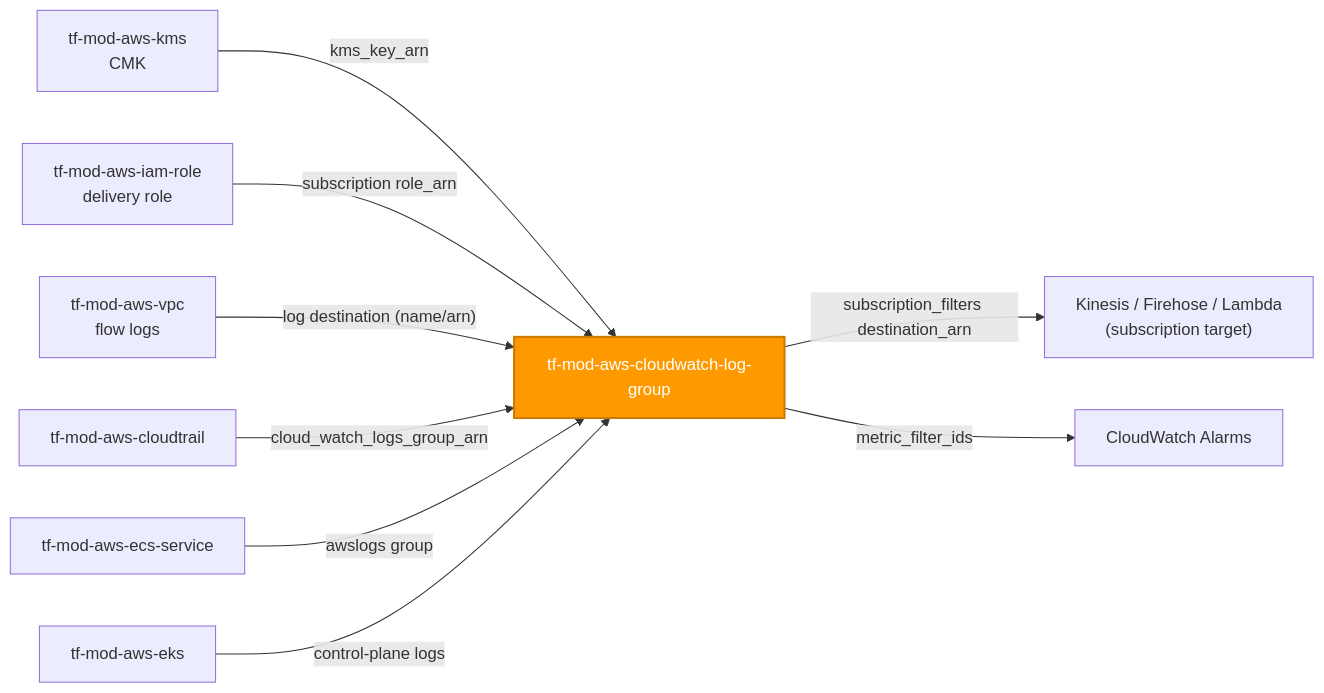
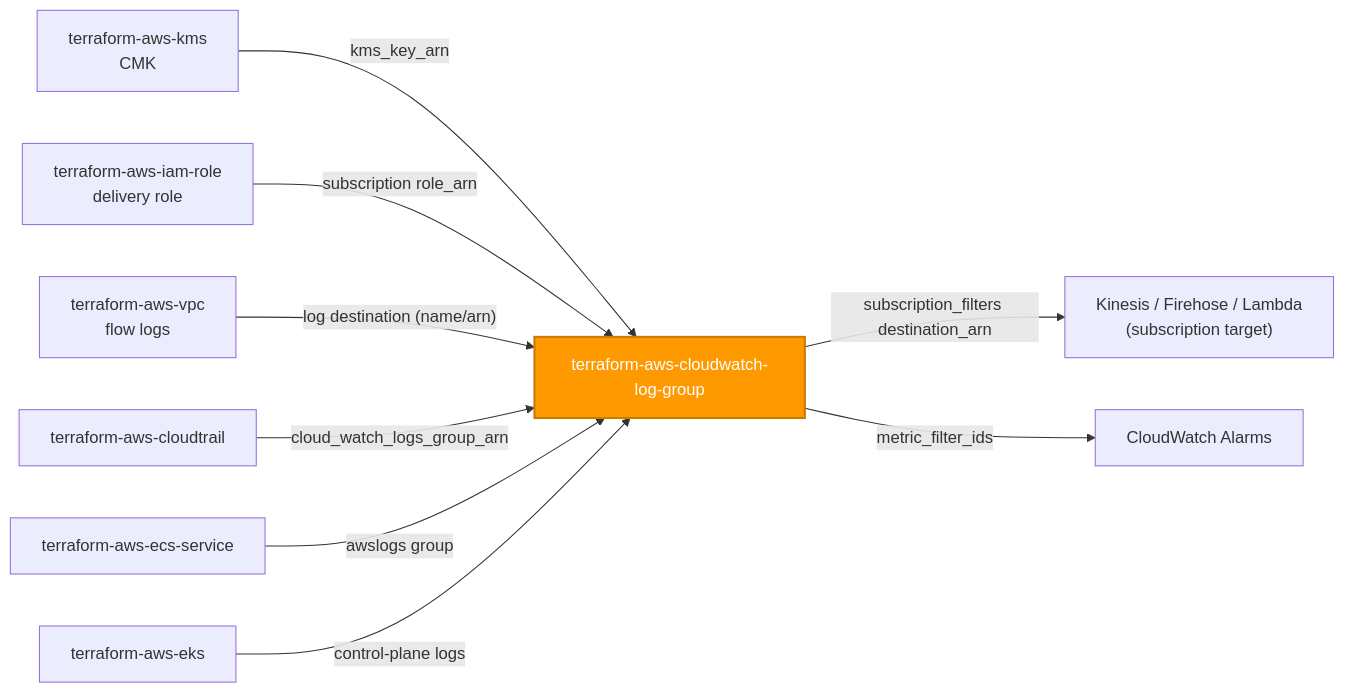
Before and after one commit to microsoftexpert/terraform-aws-cloudwatch-log-group: the first of 2 diagrams in README.md, drawn with Mermaid. The commit also changed other lines of this file and 2 other files, not shown here.

````diff
--- a/README.md
+++ b/README.md
@@ -43,23 +43,23 @@
 ```mermaid
 flowchart LR
- kms["tf-mod-aws-kms<br/>CMK"]
- role["tf-mod-aws-iam-role<br/>delivery role"]
- lg["tf-mod-aws-cloudwatch-log-group"]
- vpc["tf-mod-aws-vpc<br/>flow logs"]
- ct["tf-mod-aws-cloudtrail"]
- ecs["tf-mod-aws-ecs-service"]
- eks["tf-mod-aws-eks"]
+ kms["terraform-aws-kms<br/>CMK"]
+ role["terraform-aws-iam-role<br/>delivery role"]
+ lg["terraform-aws-cloudwatch-log-group"]
+ vpc["terraform-aws-vpc<br/>flow logs"]
+ ct["terraform-aws-cloudtrail"]
+ ecs["terraform-aws-ecs-service"]
+ eks["terraform-aws-eks"]
  fh["Kinesis / Firehose / Lambda<br/>(subscription target)"]
  cw["CloudWatch Alarms"]
 
  kms -->|"kms_key_arn"| lg
  role -->|"subscription role_arn"| lg
  vpc -->|"log destination (name/arn)"| lg
  ct -->|"cloud_watch_logs_group_arn"| lg
  ecs -->|"awslogs group"| lg
  eks -->|"control-plane logs"| lg
  lg -->|"subscription_filters destination_arn"| fh
  lg -->|"metric_filter_ids"| cw
 
  style lg fill:#FF9900,color:#fff,stroke:#cc7a00,stroke-width:2px
 ```
````
